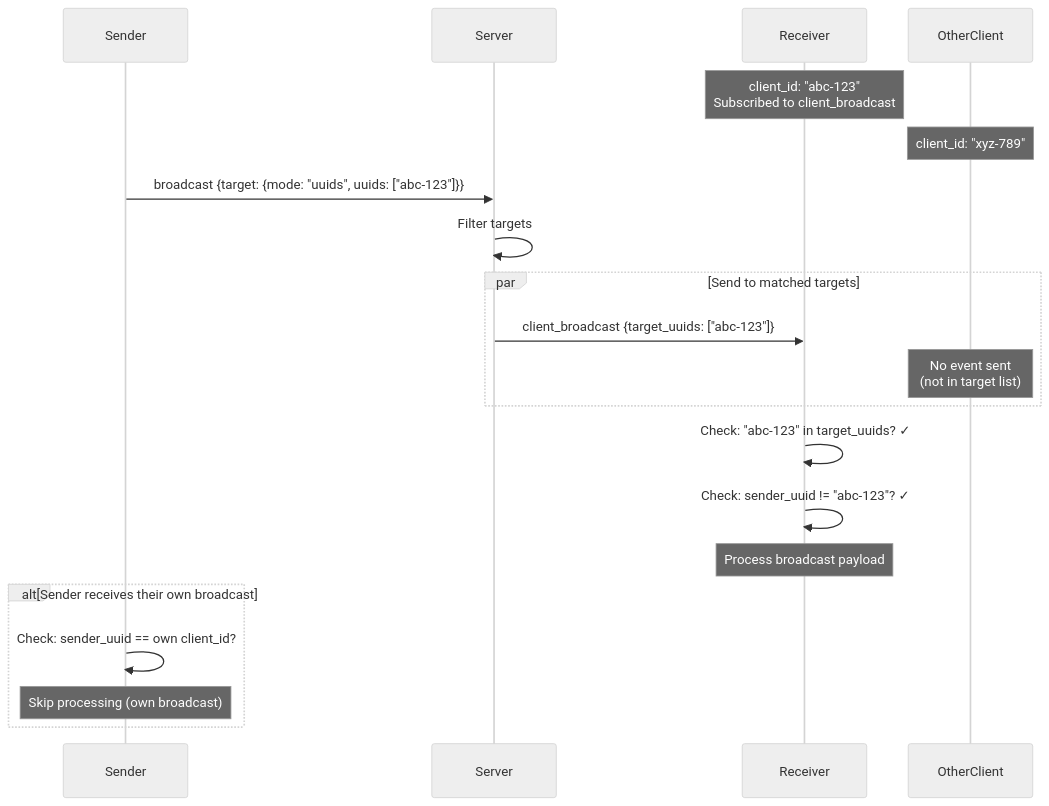
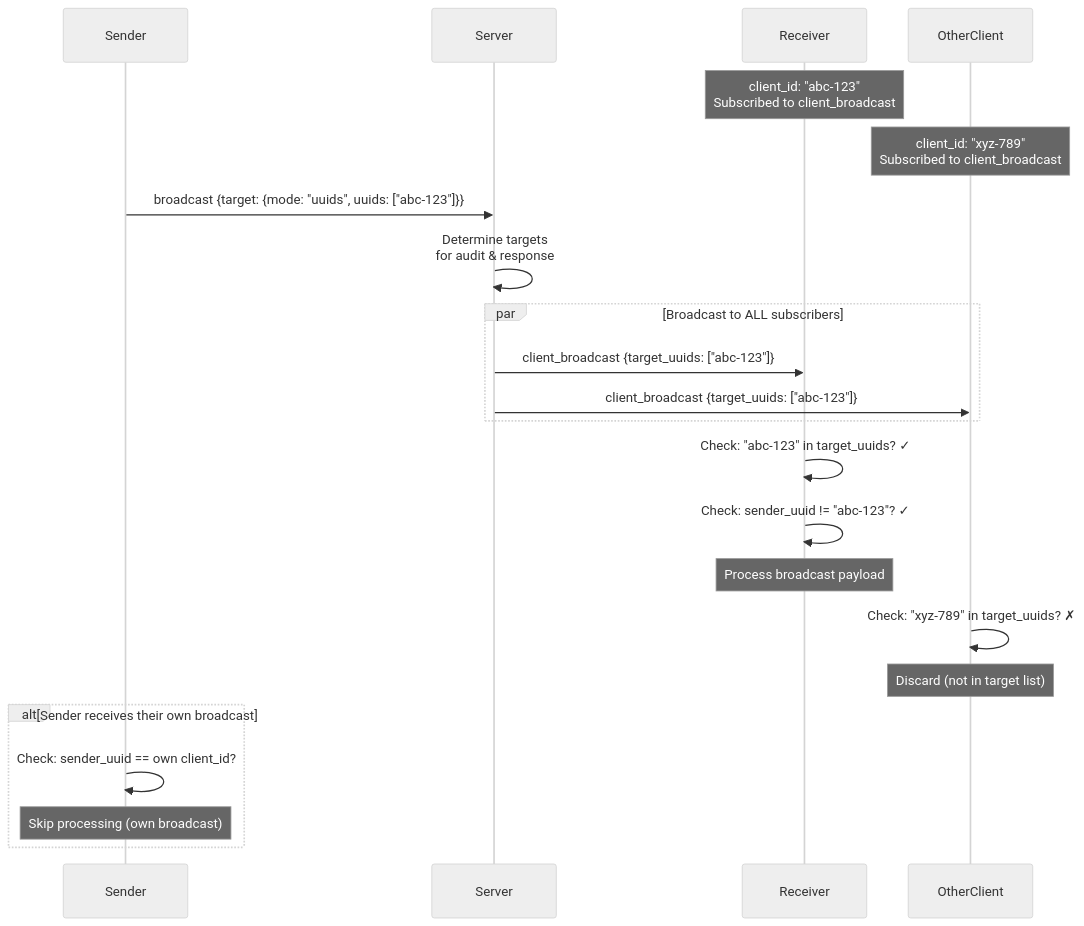
One commit to LedFx/LedFx changed the sixth of 8 diagrams in docs/developer/websocket_client_examples.md. Above: the diagram before and after it, drawn with Mermaid (neutral theme). The commit also changed other lines of this file and 2 other files, not shown here.

````diff
--- a/docs/developer/websocket_client_examples.md
+++ b/docs/developer/websocket_client_examples.md
@@ -475,27 +476,30 @@
 ```{mermaid}
 sequenceDiagram
     participant Sender
     participant Server
     participant Receiver
     participant OtherClient
 
     Note over Receiver: client_id: "abc-123"<br/>Subscribed to client_broadcast
-    Note over OtherClient: client_id: "xyz-789"
+    Note over OtherClient: client_id: "xyz-789"<br/>Subscribed to client_broadcast
 
     Sender->>Server: broadcast {target: {mode: "uuids", uuids: ["abc-123"]}}
-    Server->>Server: Filter targets
+    Server->>Server: Determine targets<br/>for audit & response
 
-    par Send to matched targets
+    par Broadcast to ALL subscribers
         Server->>Receiver: client_broadcast {target_uuids: ["abc-123"]}
-        Note over OtherClient: No event sent<br/>(not in target list)
+        Server->>OtherClient: client_broadcast {target_uuids: ["abc-123"]}
     end
 
     Receiver->>Receiver: Check: "abc-123" in target_uuids? ✓
     Receiver->>Receiver: Check: sender_uuid != "abc-123"? ✓
     Note over Receiver: Process broadcast payload
 
+    OtherClient->>OtherClient: Check: "xyz-789" in target_uuids? ✗
+    Note over OtherClient: Discard (not in target list)
+
     alt Sender receives their own broadcast
         Sender->>Sender: Check: sender_uuid == own client_id?
         Note over Sender: Skip processing (own broadcast)
     end
 ```
````
